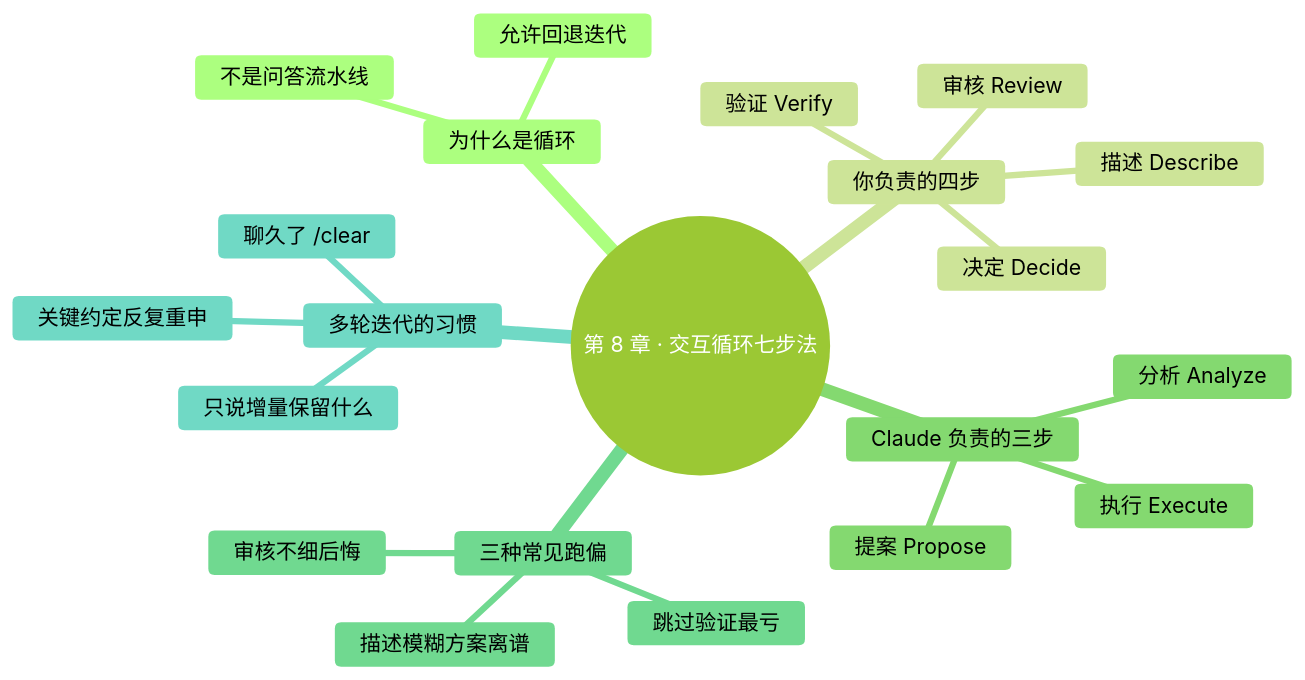
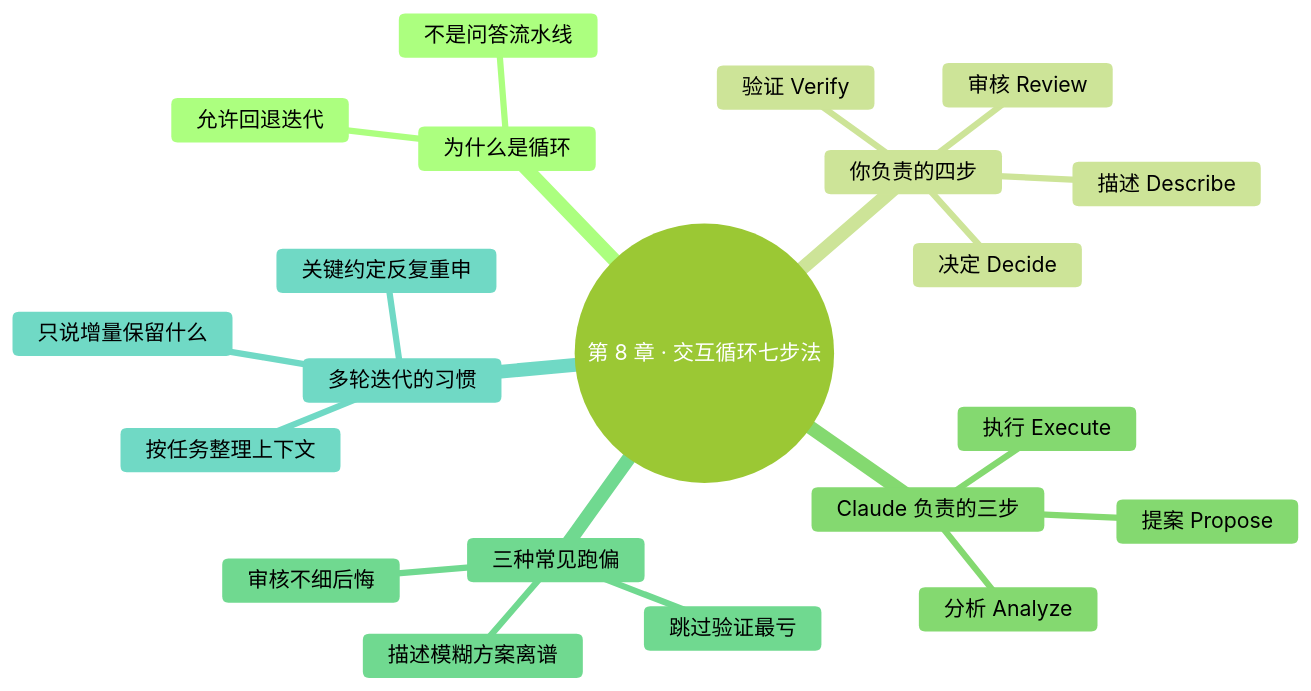
The diagram in manuscript/part2-日常使用/08-交互循环七步法.md (mali9527/claude-code-full-guide-for-beginners), drawn with Mermaid before and after one commit. The commit also changed other lines of this file and 130 other files, not shown here.

````diff
--- a/manuscript/part2-日常使用/08-交互循环七步法.md
+++ b/manuscript/part2-日常使用/08-交互循环七步法.md
@@ -20,32 +20,32 @@
 ```mermaid
 ---
 config:
   theme: forest
   themeVariables:
     fontFamily: "-apple-system, 'SF Pro Text', 'PingFang SC', 'Helvetica Neue', sans-serif"
     fontSize: "17px"
     lineColor: "#D9D9D9"
 ---
 mindmap
   root((第 8 章 · 交互循环七步法))
     为什么是循环
       不是问答流水线
       允许回退迭代
     你负责的四步
       描述 Describe
       审核 Review
       决定 Decide
       验证 Verify
     Claude 负责的三步
       分析 Analyze
       提案 Propose
       执行 Execute
     三种常见跑偏
       描述模糊方案离谱
       审核不细后悔
       跳过验证最亏
     多轮迭代的习惯
       只说增量保留什么
-      聊久了 /clear
+      按任务整理上下文
       关键约定反复重申
 ```
````
